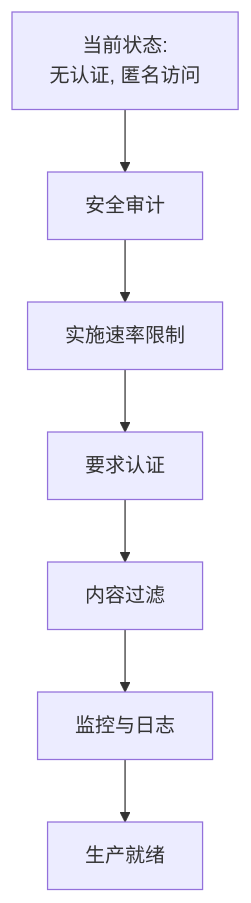
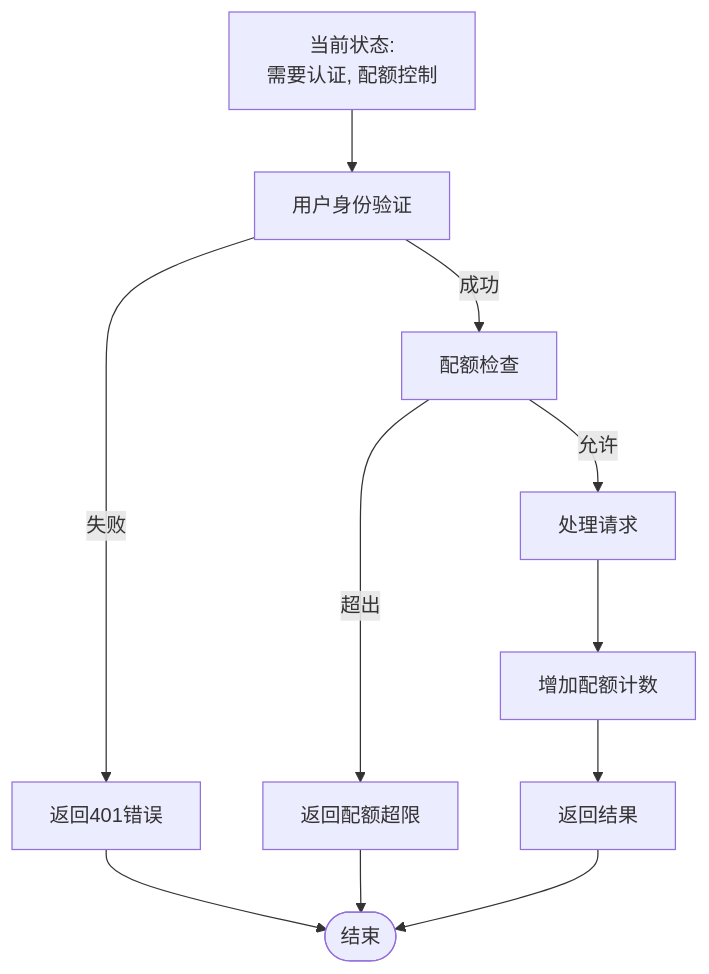
One commit to JasperLin2333/Flash-Flow changed the ninth of 10 diagrams in .qoder/repowiki/zh/content/API接口文档/流程规划接口 (_api_plan).md. Above: the diagram before and after it, drawn with Mermaid. The commit also changed other lines of this file and 19 other files, not shown here.

````diff
--- a/.qoder/repowiki/zh/content/API接口文档/流程规划接口 (_api_plan).md
+++ b/.qoder/repowiki/zh/content/API接口文档/流程规划接口 (_api_plan).md
@@ -353,9 +463,13 @@
 ```mermaid
 flowchart TD
-CurrentState["当前状态:<br/>无认证, 匿名访问"] --> SecurityAudit["安全审计"]
-SecurityAudit --> RateLimit["实施速率限制"]
-RateLimit --> AuthRequired["要求认证"]
-AuthRequired --> ContentFilter["内容过滤"]
-ContentFilter --> Monitoring["监控与日志"]
-Monitoring --> ProductionReady["生产就绪"]
+CurrentState["当前状态:<br/>需要认证, 配额控制"] --> AuthCheck["用户身份验证"]
+AuthCheck --> |失败| ReturnUnauthorized["返回401错误"]
+AuthCheck --> |成功| QuotaCheck["配额检查"]
+QuotaCheck --> |超出| ReturnQuotaExceeded["返回配额超限"]
+QuotaCheck --> |允许| ProcessRequest["处理请求"]
+ProcessRequest --> IncrementQuota["增加配额计数"]
+IncrementQuota --> ReturnSuccess["返回结果"]
+ReturnUnauthorized --> End([结束])
+ReturnQuotaExceeded --> End
+ReturnSuccess --> End
 ```
````
